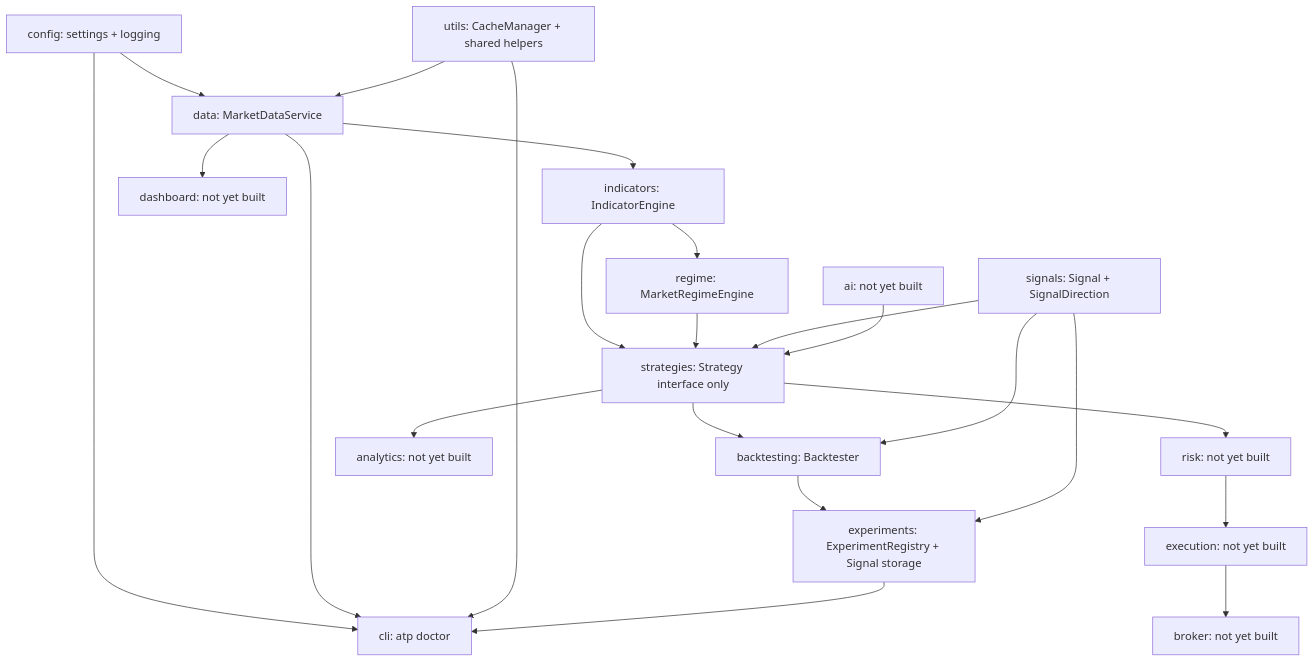
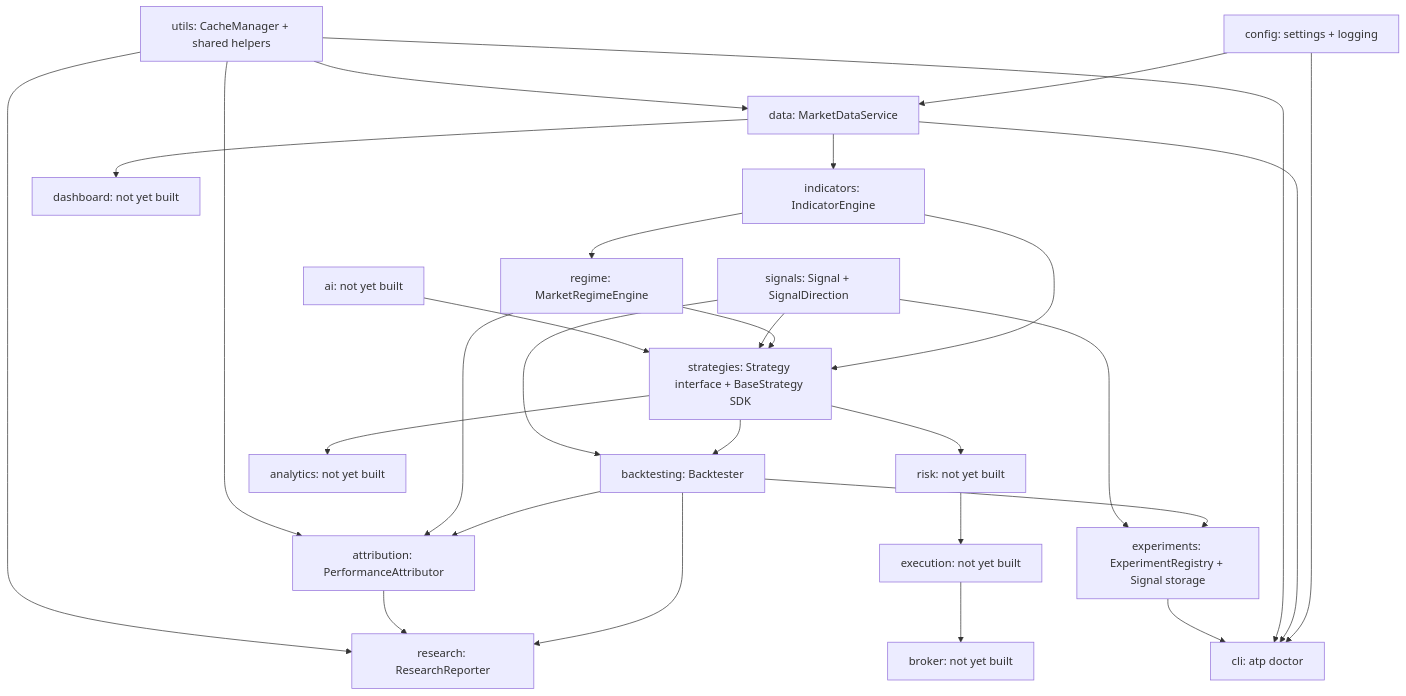
Before and after one commit to grow-op-nasa/ai-trading-platform: the diagram in ARCHITECTURE.md, drawn with Mermaid. The commit also changed other lines of this file and 18 other files, not shown here.

First line of the commit message:
Sprint 3 Module 4: AI Research Reporter

````diff
--- a/ARCHITECTURE.md
+++ b/ARCHITECTURE.md
@@ -14,41 +14,49 @@
 ```mermaid
 graph TD
     config[config: settings + logging]
     utils[utils: CacheManager + shared helpers]
     data[data: MarketDataService]
     indicators[indicators: IndicatorEngine]
     regime[regime: MarketRegimeEngine]
     signals[signals: Signal + SignalDirection]
-    strategies[strategies: Strategy interface only]
+    strategies[strategies: Strategy interface + BaseStrategy SDK]
     backtesting[backtesting: Backtester]
+    attribution[attribution: PerformanceAttributor]
     experiments[experiments: ExperimentRegistry + Signal storage]
+    research[research: ResearchReporter]
     risk[risk: not yet built]
     execution[execution: not yet built]
     broker[broker: not yet built]
     analytics[analytics: not yet built]
     ai[ai: not yet built]
     dashboard[dashboard: not yet built]
     cli[cli: atp doctor]
 
     config --> data
     utils --> data
     data --> indicators
     indicators --> regime
     indicators --> strategies
     regime --> strategies
     signals --> strategies
     strategies --> backtesting
     signals --> backtesting
     backtesting --> experiments
     signals --> experiments
+    backtesting --> attribution
+    regime --> attribution
+    utils --> attribution
+    backtesting --> research
+    attribution --> research
+    utils --> research
     strategies --> risk
     risk --> execution
     execution --> broker
     strategies --> analytics
     data --> dashboard
     ai --> strategies
     config --> cli
     data --> cli
     utils --> cli
     experiments --> cli
 ```
````
